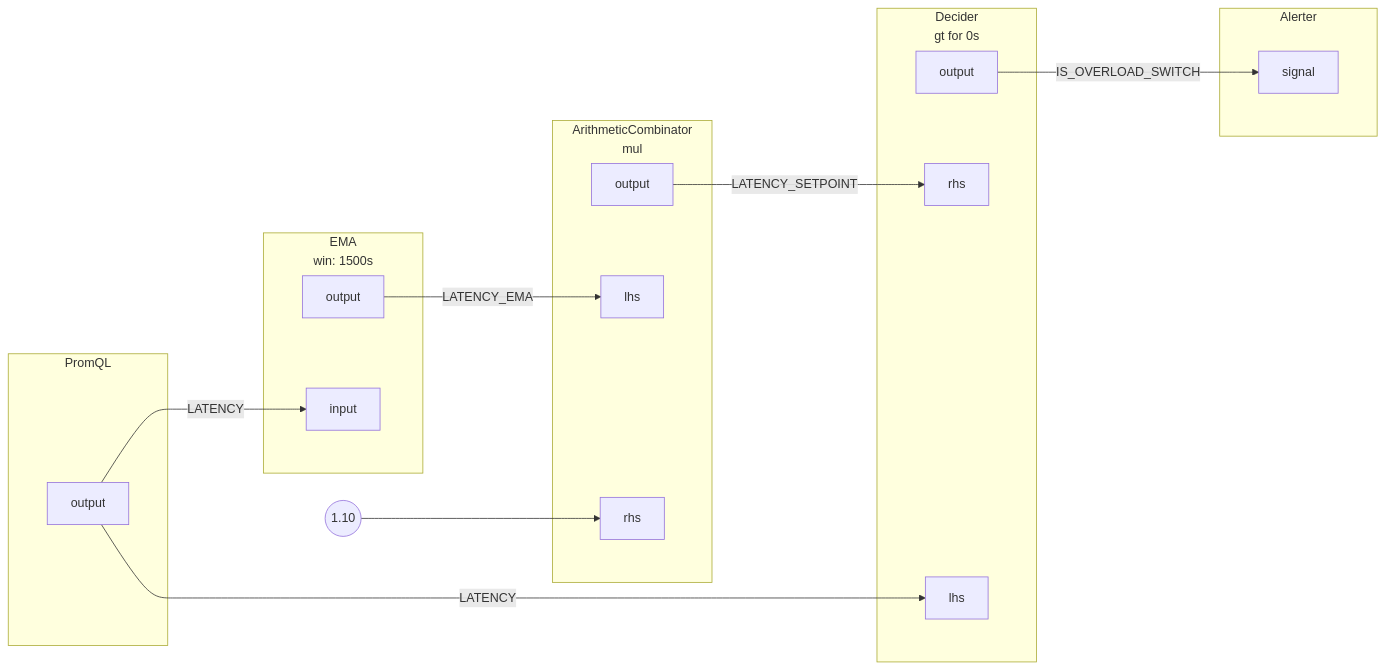
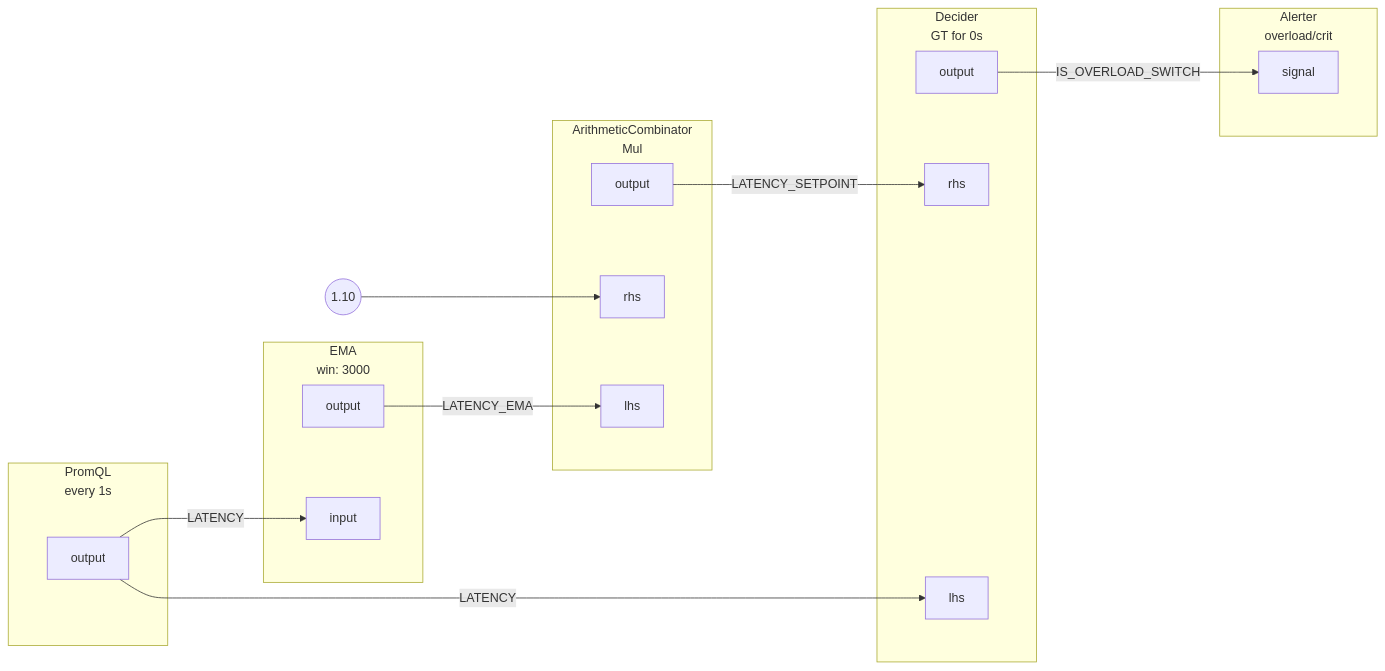
The diagram in docs/content/tutorials/signal-processing/assets/detecting-overload/detecting-overload.mmd (dataongunlaws/aperture), drawn with Mermaid before and after one commit. The commit also changed 60 other files, not shown here.

First line of the commit message:
mermaid: do not render unused ports (#1218)

```diff
--- a/docs/content/tutorials/signal-processing/assets/detecting-overload/detecting-overload.mmd
+++ b/docs/content/tutorials/signal-processing/assets/detecting-overload/detecting-overload.mmd
@@ -1,52 +1,52 @@
 flowchart LR
-subgraph root.0[PromQL]
+subgraph root.0[<center>PromQL<br/>every 1s</center>]
 subgraph root.0_outports[ ]
 style root.0_outports fill:none,stroke:none
 root.0output[output]
 end
 end
-subgraph root.1[<center>EMA<br/>win: 1500s</center>]
+subgraph root.1[<center>EMA<br/>win: 3000</center>]
 subgraph root.1_inports[ ]
 style root.1_inports fill:none,stroke:none
 root.1input[input]
 end
 subgraph root.1_outports[ ]
 style root.1_outports fill:none,stroke:none
 root.1output[output]
 end
 end
-subgraph root.2[<center>ArithmeticCombinator<br/>mul</center>]
+FakeConstant0((1.10))
+FakeConstant0 --> root.2rhs
+subgraph root.2[<center>ArithmeticCombinator<br/>Mul</center>]
 subgraph root.2_inports[ ]
 style root.2_inports fill:none,stroke:none
+root.2rhs[rhs]
 root.2lhs[lhs]
-root.2rhs[rhs]
 end
 subgraph root.2_outports[ ]
 style root.2_outports fill:none,stroke:none
 root.2output[output]
 end
 end
-FakeConstant0((1.10))
-FakeConstant0 --> root.2rhs
-subgraph root.3[<center>Decider<br/>gt for 0s</center>]
+subgraph root.3[<center>Decider<br/>GT for 0s</center>]
 subgraph root.3_inports[ ]
 style root.3_inports fill:none,stroke:none
 root.3rhs[rhs]
 root.3lhs[lhs]
 end
 subgraph root.3_outports[ ]
 style root.3_outports fill:none,stroke:none
 root.3output[output]
 end
 end
-subgraph root.4[Alerter]
+subgraph root.4[<center>Alerter<br/>overload/crit</center>]
 subgraph root.4_inports[ ]
 style root.4_inports fill:none,stroke:none
 root.4signal[signal]
 end
 end
 root.0output --> |LATENCY| root.1input
 root.0output --> |LATENCY| root.3lhs
 root.1output --> |LATENCY_EMA| root.2lhs
 root.2output --> |LATENCY_SETPOINT| root.3rhs
 root.3output --> |IS_OVERLOAD_SWITCH| root.4signal
```
